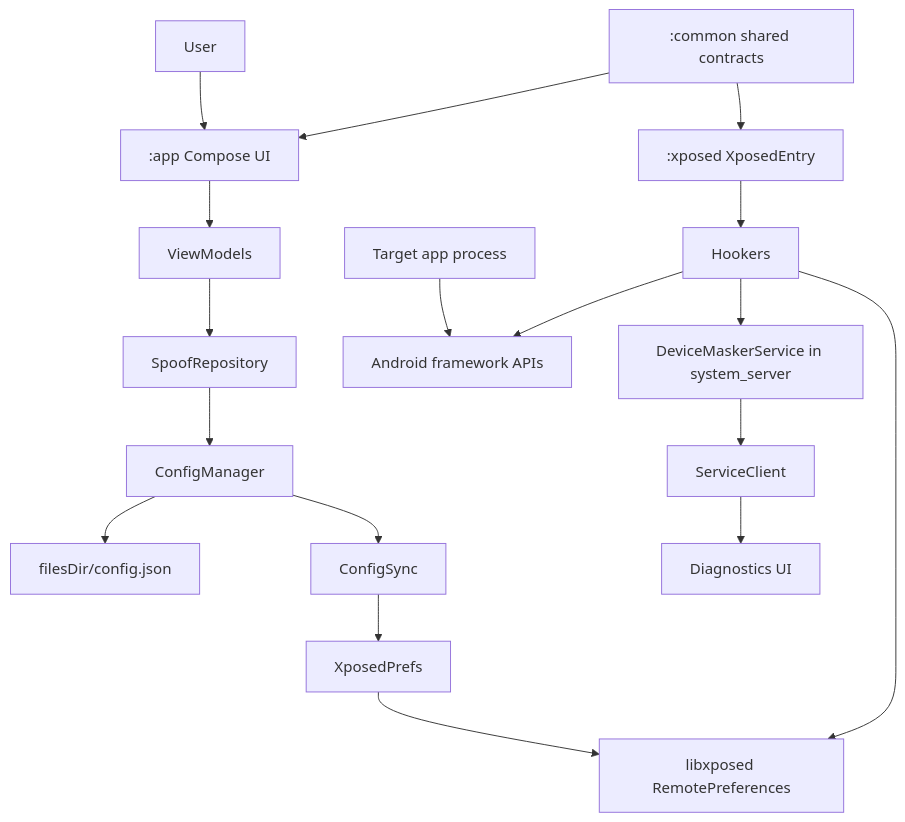
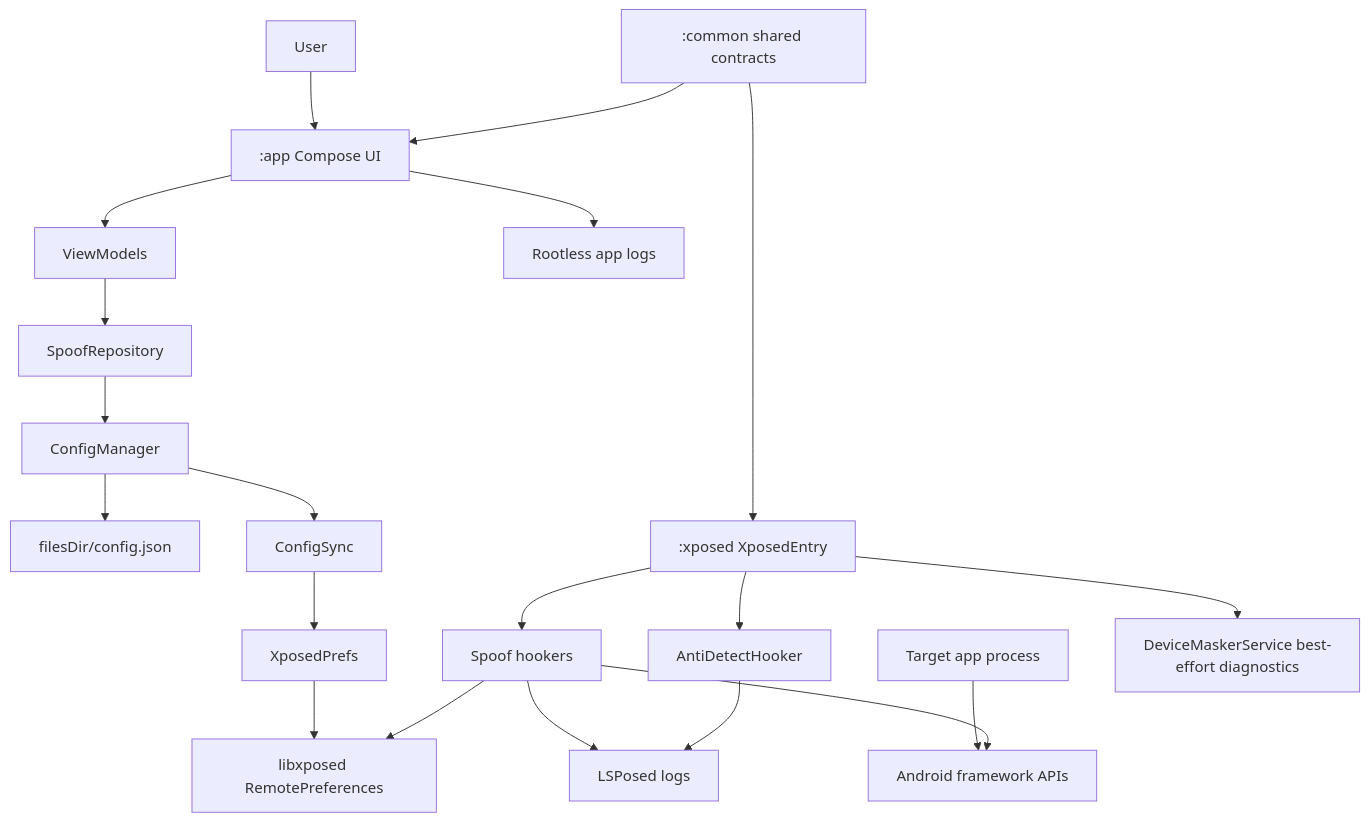
Before and after one commit to mohdakil2426/Device-Masker: the first of 2 diagrams in AGENTS.md, drawn with Mermaid. The commit also changed other lines of this file and 13 other files, not shown here.

First line of the commit message:
Milestone: fixed working Device Masker base

````diff
--- a/AGENTS.md
+++ b/AGENTS.md
@@ -37,32 +38,36 @@
 ```mermaid
 flowchart TD
     User["User"]
-    App[":app Compose UI"]
+    UI[":app Compose UI"]
     VM["ViewModels"]
     Repo["SpoofRepository"]
     Config["ConfigManager"]
     Json["filesDir/config.json"]
     Sync["ConfigSync"]
     XPrefs["XposedPrefs"]
     Remote["libxposed RemotePreferences"]
     Common[":common shared contracts"]
     Entry[":xposed XposedEntry"]
-    Hookers["Hookers"]
+    Hookers["Spoof hookers"]
+    Anti["AntiDetectHooker"]
     Target["Target app process"]
-    Framework["Android framework APIs"]
-    Service["DeviceMaskerService in system_server"]
-    Client["ServiceClient"]
-    Diagnostics["Diagnostics UI"]
+    APIs["Android framework APIs"]
+    LSLogs["LSPosed logs"]
+    DiagSvc["DeviceMaskerService best-effort diagnostics"]
+    AppLogs["Rootless app logs"]
 
-    User --> App --> VM --> Repo --> Config
+    User --> UI --> VM --> Repo --> Config
     Config --> Json
     Config --> Sync --> XPrefs --> Remote
-    Common --> App
+    Common --> UI
     Common --> Entry
+    Entry --> Anti
     Entry --> Hookers
-    Target --> Framework
-    Hookers --> Framework
+    Target --> APIs
+    Hookers --> APIs
     Hookers --> Remote
-    Hookers --> Service
-    Service --> Client --> Diagnostics
+    Hookers --> LSLogs
+    Anti --> LSLogs
+    Entry --> DiagSvc
+    UI --> AppLogs
 ```
````
